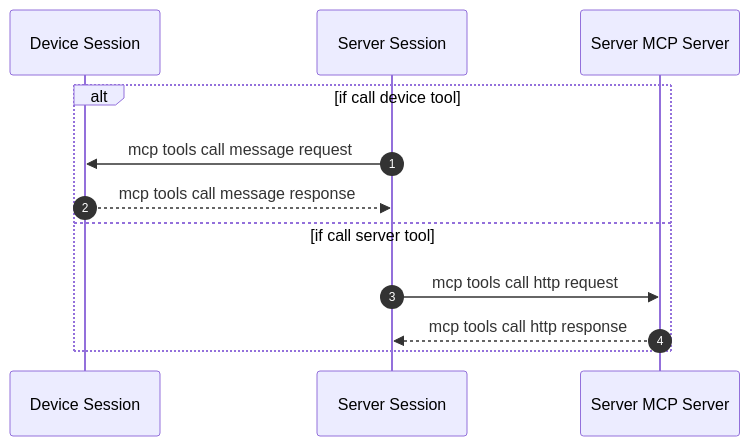
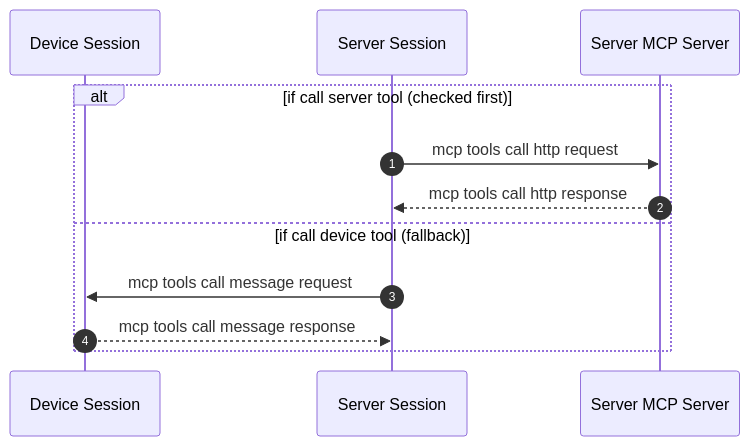
The fourth of 4 diagrams in docs/src/development/README.md (lastsunday/chobits), drawn with Mermaid before and after one commit. The commit also changed other lines of this file and 13 other files, not shown here.

````diff
--- a/docs/src/development/README.md
+++ b/docs/src/development/README.md
@@ -136,14 +136,14 @@
 ```mermaid
 sequenceDiagram
     autonumber
     participant DeviceSession as Device Session
     participant ServerSession as Server Session
     participant ServerMCPServer as Server MCP Server
-    alt if call device tool
+    alt if call server tool (checked first)
+      ServerSession ->> ServerMCPServer: mcp tools call http request
+      ServerMCPServer -->> ServerSession: mcp tools call http response
+    else if call device tool (fallback)
       ServerSession ->> DeviceSession: mcp tools call message request
       DeviceSession -->> ServerSession: mcp tools call message response
-    else if call server tool
-      ServerSession ->> ServerMCPServer: mcp tools call http request
-      ServerMCPServer -->> ServerSession: mcp tools call http response
     end
 ```
````
